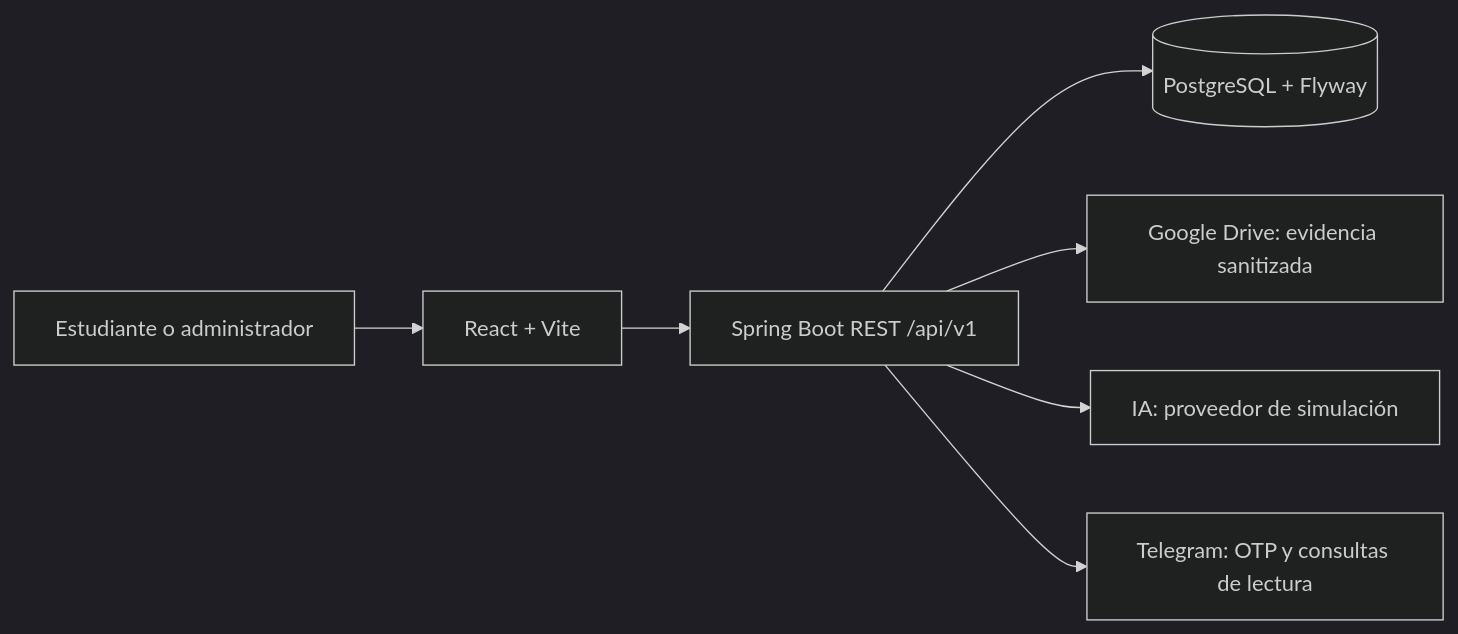
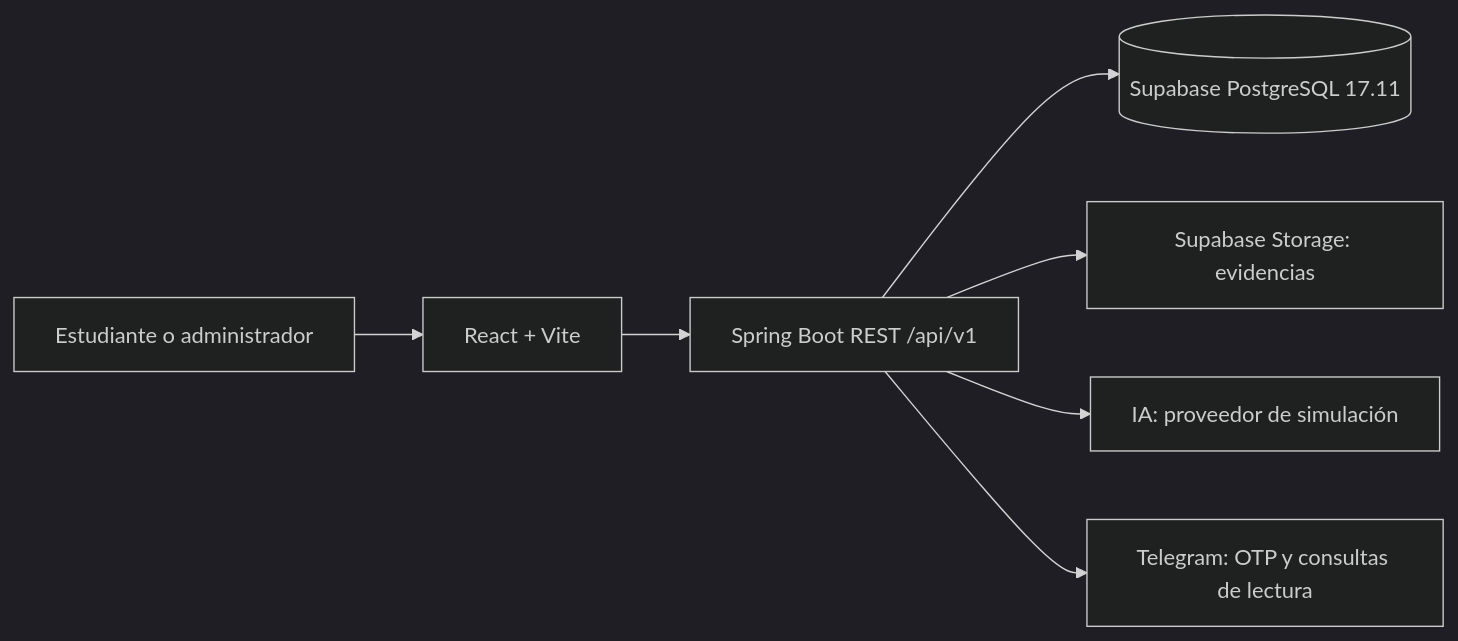
The first of 2 diagrams in README.md (BurbanoValentina/Buzon_Agente), drawn with Mermaid (dark theme) before and after one commit. The commit also changed other lines of this file and 16 other files, not shown here.

Commit message:
feat(cloud): configurar despliegue en Vercel y Render con Dockerfile, CORS y diagrama de arquitectura

````diff
--- a/README.md
+++ b/README.md
@@ -35,9 +45,9 @@
 ```mermaid
 flowchart LR
     Usuario[Estudiante o administrador] --> Frontend[React + Vite]
     Frontend --> Backend[Spring Boot REST /api/v1]
-    Backend --> PostgreSQL[(PostgreSQL + Flyway)]
-    Backend --> Drive[Google Drive: evidencia sanitizada]
+    Backend --> SupabaseDB[(Supabase PostgreSQL 17.11)]
+    Backend --> SupabaseStorage[Supabase Storage: evidencias]
     Backend --> IA[IA: proveedor de simulación]
     Backend --> Telegram[Telegram: OTP y consultas de lectura]
 ```
````
